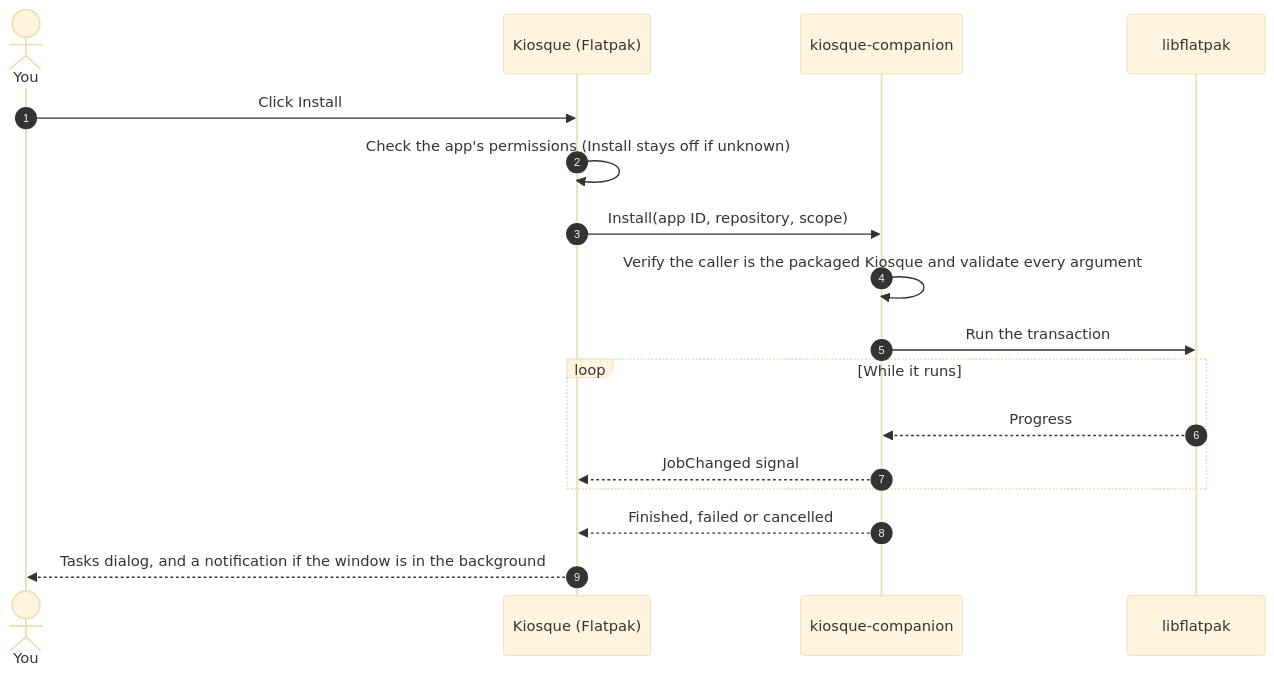
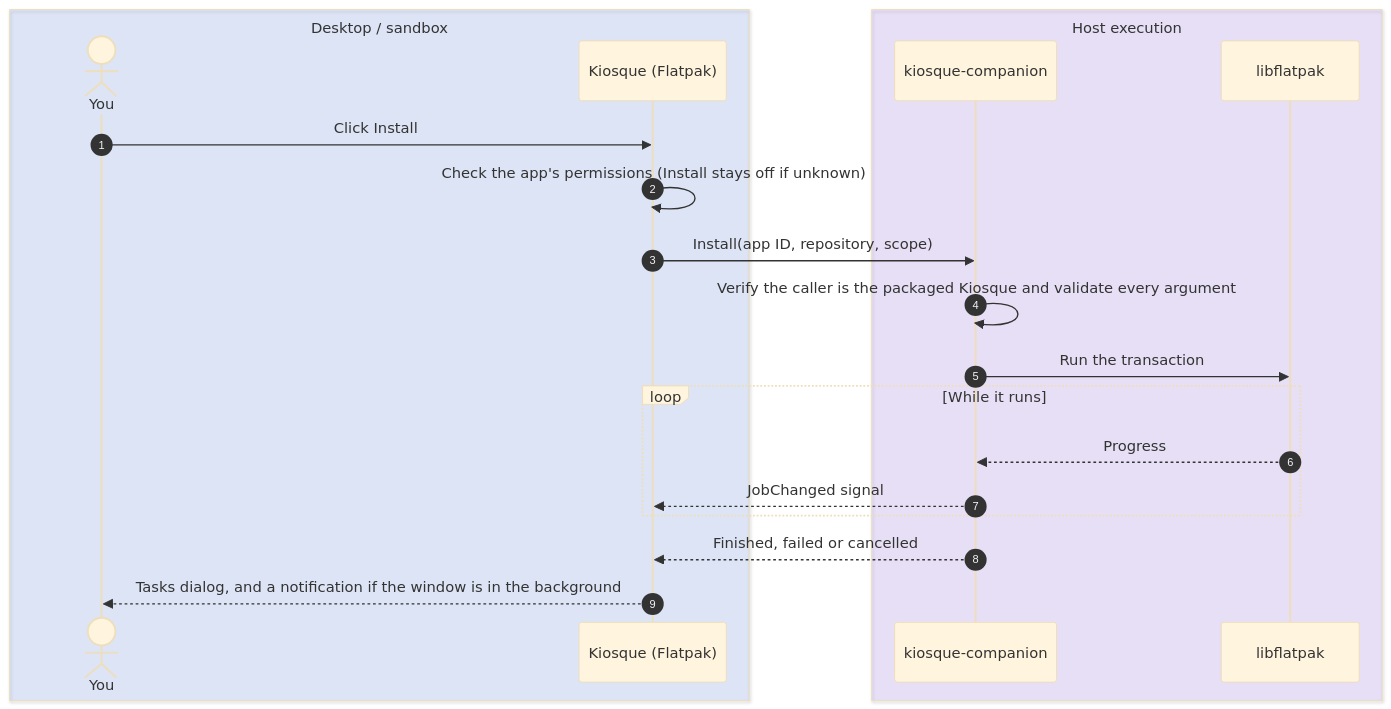
The second of 2 diagrams in README.md (niltonperimneto/kiosque), drawn with Mermaid (base theme) before and after one commit. The commit also changed other lines of this file, not shown here.

Commit message:
Color-code README architecture and installation diagrams

````diff
--- a/README.md
+++ b/README.md
@@ -205,19 +223,23 @@
 ```mermaid
 sequenceDiagram
     autonumber
-    actor You
-    participant App as Kiosque (Flatpak)
-    participant Companion as kiosque-companion
-    participant Flatpak as libflatpak
+    box rgba(37,99,235,0.12) Desktop / sandbox
+        actor You
+        participant App as Kiosque (Flatpak)
+    end
+    box rgba(124,58,237,0.12) Host execution
+        participant Companion as kiosque-companion
+        participant Flatpak as libflatpak
+    end
     You->>App: Click Install
     App->>App: Check the app's permissions (Install stays off if unknown)
     App->>Companion: Install(app ID, repository, scope)
     Companion->>Companion: Verify the caller is the packaged Kiosque and validate every argument
     Companion->>Flatpak: Run the transaction
     loop While it runs
         Flatpak-->>Companion: Progress
         Companion-->>App: JobChanged signal
     end
     Companion-->>App: Finished, failed or cancelled
     App-->>You: Tasks dialog, and a notification if the window is in the background
 ```
````
